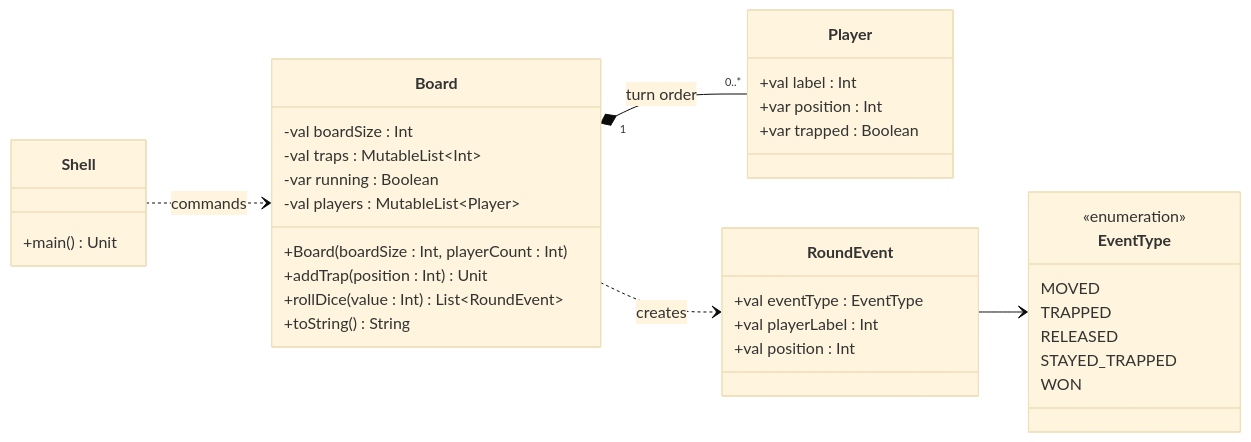
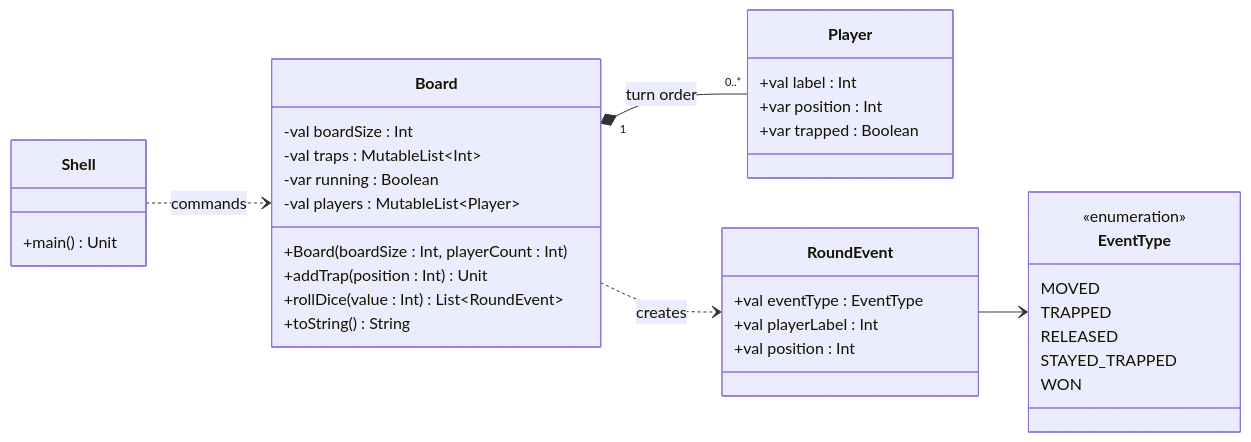
Before and after one commit to qxcodepoo/arcade: the diagram in labs/tabuleiro/README.md, drawn with Mermaid. The commit also changed other lines of this file and 55 other files, not shown here.

Commit message:
fix diagrams

````diff
--- a/labs/tabuleiro/README.md
+++ b/labs/tabuleiro/README.md
@@ -67,46 +67,46 @@
 ```mermaid
-%%{init: {'theme': 'base', 'fontFamily': 'monospace'}}%%
+%%{init: {'fontFamily': 'monospace'}}%%
 classDiagram
     direction LR
 
     class EventType {
         <<enumeration>>
         MOVED
         TRAPPED
         RELEASED
         STAYED_TRAPPED
         WON
     }
 
     class Player {
         +val label : Int
         +var position : Int
         +var trapped : Boolean
     }
 
     class RoundEvent {
         +val eventType : EventType
         +val playerLabel : Int
         +val position : Int
     }
 
     class Board {
         -val boardSize : Int
         -val traps : MutableList~Int~
         -var running : Boolean
         -val players : MutableList~Player~
         +Board(boardSize : Int, playerCount : Int)
         +addTrap(position : Int) Unit
         +rollDice(value : Int) List~RoundEvent~
         +toString() String
     }
 
     class Shell {
         +main() Unit
     }
 
     Board "1" *-- "0..*" Player : turn order
     Board ..> RoundEvent : creates
     RoundEvent --> EventType
     Shell ..> Board : commands
 ```
````
